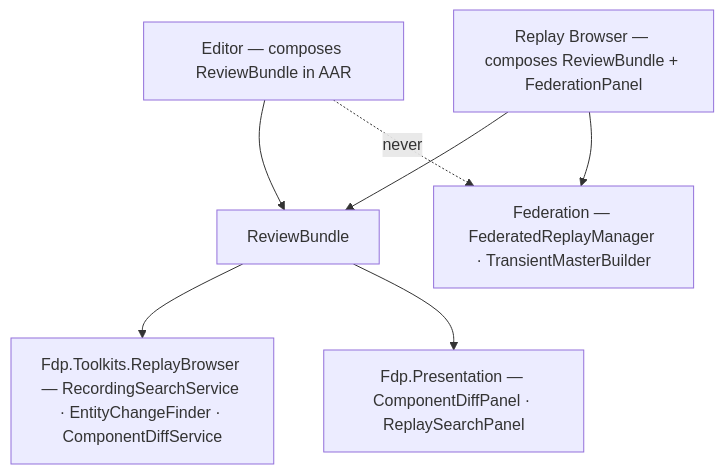
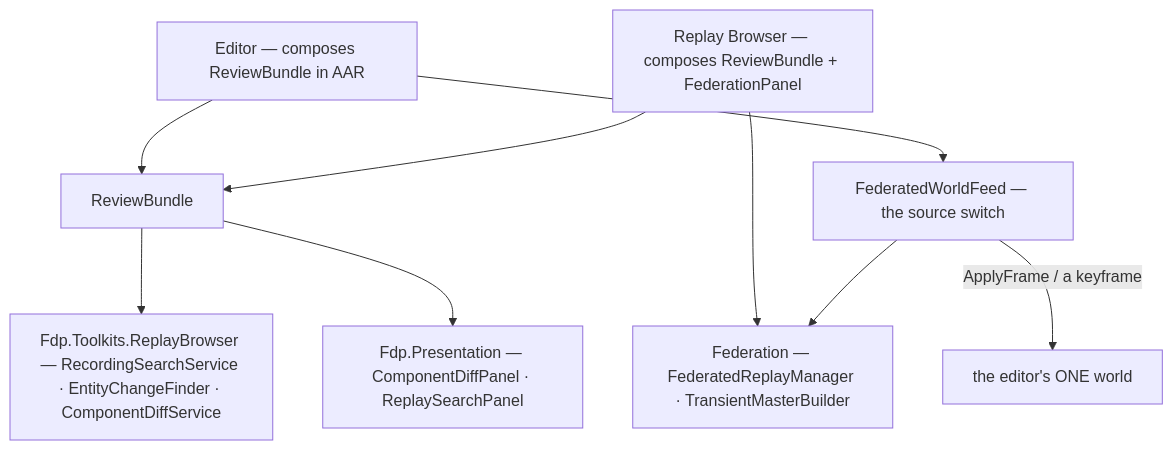
Before and after one commit to pjanec/HROT: the third of 3 diagrams in docs/UX/DESIGN_Review_Perspective.md, drawn with Mermaid. The commit also changed other lines of this file and 2 other files, not shown here.

First line of the commit message:
Review perspective: Federation is the SOURCE of the editor's one world (user correction) - D6', D7, D8, V6 with gates G1-G3, Q4', Q6, Q7; R-4010 mis-citation fixed (W5)

````diff
--- a/docs/UX/DESIGN_Review_Perspective.md
+++ b/docs/UX/DESIGN_Review_Perspective.md
@@ -157,9 +181,11 @@
 ```mermaid
 graph TD
     E[Editor — composes ReviewBundle in AAR] --> RB1[ReviewBundle]
     RBS[Replay Browser — composes ReviewBundle + FederationPanel] --> RB1
     RB1 --> T[Fdp.Toolkits.ReplayBrowser — RecordingSearchService · EntityChangeFinder · ComponentDiffService]
     RB1 --> P[Fdp.Presentation — ComponentDiffPanel · ReplaySearchPanel]
     RBS --> FED[Federation — FederatedReplayManager · TransientMasterBuilder]
-    E -. never .-> FED
+    E --> FEED[FederatedWorldFeed — the source switch]
+    FEED --> FED
+    FEED -->|ApplyFrame / a keyframe| W[the editor's ONE world]
 ```
````
